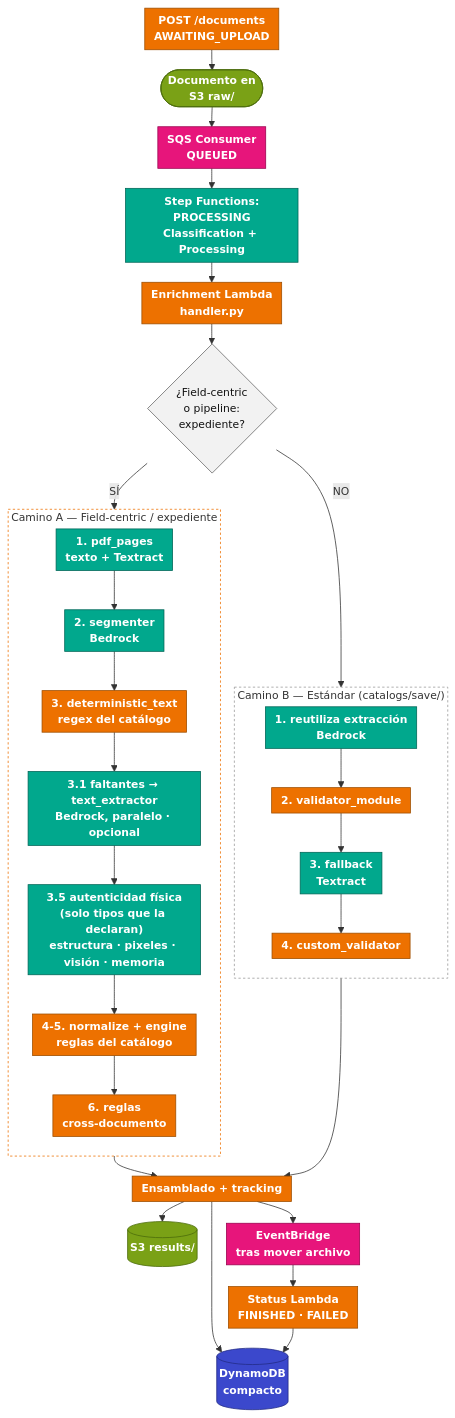
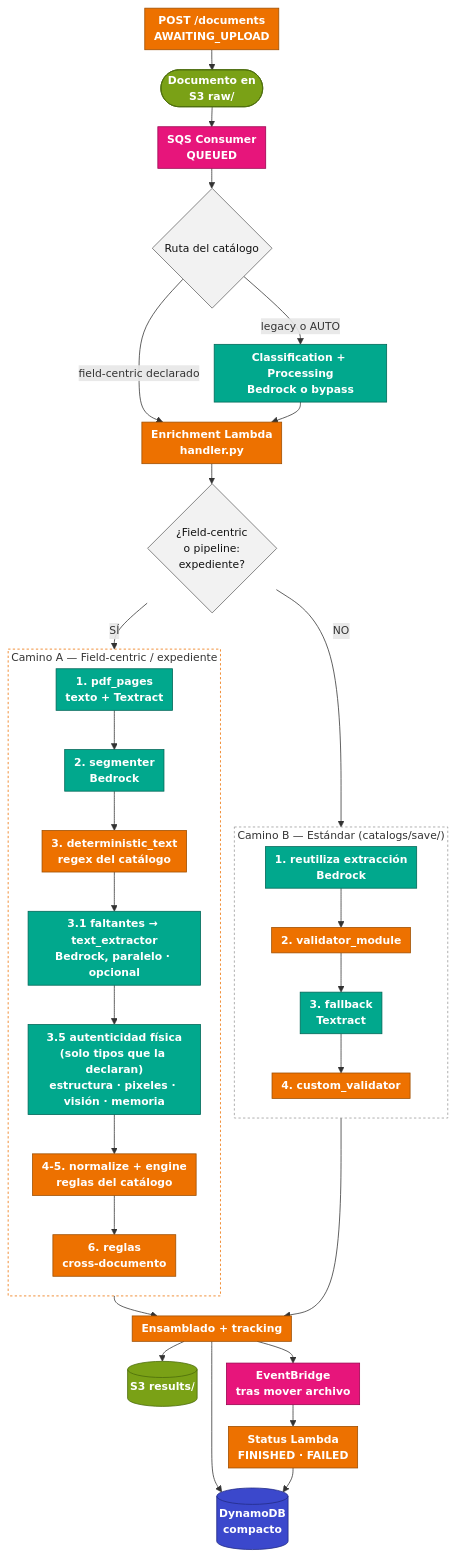
The diagram in documentacion/diagrams/flujo-ejecucion.mmd (LuisHM5/idp), drawn with Mermaid before and after one commit. The commit also changed 53 other files, not shown here.

```diff
--- a/documentacion/diagrams/flujo-ejecucion.mmd
+++ b/documentacion/diagrams/flujo-ejecucion.mmd
@@ -1,50 +1,52 @@
 %%{init: {'flowchart': {'nodeSpacing': 18, 'rankSpacing': 26, 'padding': 6, 'curve': 'basis'}, 'themeVariables': {'fontSize': '14px'}}}%%
 flowchart TD
     REGISTER["POST /documents<br/>AWAITING_UPLOAD"]:::compute --> START(["Documento en<br/>S3 raw/"]):::storage
     START --> QUEUE["SQS Consumer<br/>QUEUED"]:::integration
-    QUEUE --> SFNPRE["Step Functions:<br/>PROCESSING<br/>Classification + Processing"]:::ml
+    QUEUE --> ROUTE{"Ruta del catálogo"}:::decision
+    ROUTE -->|"field-centric declarado"| H
+    ROUTE -->|"legacy o AUTO"| SFNPRE["Classification + Processing<br/>Bedrock o bypass"]:::ml
     SFNPRE --> H["Enrichment Lambda<br/>handler.py"]:::compute
     H --> DEC{"¿Field-centric<br/>o pipeline:<br/>expediente?"}:::decision
 
     DEC -->|"SÍ"| CAMINOA
     DEC -->|"NO"| CAMINOB
 
     subgraph CAMINOA["Camino A — Field-centric / expediente"]
         direction TB
         P1["1. pdf_pages<br/>texto + Textract"]:::ml
         P2["2. segmenter<br/>Bedrock"]:::ml
         P3["3. deterministic_text<br/>regex del catálogo"]:::compute
         P31["3.1 faltantes → text_extractor<br/>Bedrock, paralelo · opcional"]:::ml
         P35["3.5 autenticidad física<br/>(solo tipos que la declaran)<br/>estructura · pixeles · visión · memoria"]:::ml
         P4["4-5. normalize + engine<br/>reglas del catálogo"]:::compute
         P6["6. reglas<br/>cross-documento"]:::compute
         P1 --> P2 --> P3 --> P31 --> P35 --> P4 --> P6
     end
 
     subgraph CAMINOB["Camino B — Estándar (catalogs/save/)"]
         direction TB
         S1["1. reutiliza extracción<br/>Bedrock"]:::ml
         S2["2. validator_module"]:::compute
         S3["3. fallback<br/>Textract"]:::ml
         S4["4. custom_validator"]:::compute
         S1 --> S2 --> S3 --> S4
     end
 
     CAMINOA --> ASM
     CAMINOB --> ASM["Ensamblado + tracking"]:::compute
 
     ASM --> S3R[("S3 results/")]:::storage
     ASM --> DDB[("DynamoDB<br/>compacto")]:::database
     ASM --> EB["EventBridge<br/>tras mover archivo"]:::integration
     EB --> TERMINAL["Status Lambda<br/>FINISHED · FAILED"]:::compute
     TERMINAL --> DDB
 
     classDef compute fill:#ED7100,stroke:#9D4E00,color:#fff,font-weight:bold
     classDef storage fill:#7AA116,stroke:#4B6B0B,color:#fff,font-weight:bold
     classDef database fill:#3B48CC,stroke:#232B85,color:#fff,font-weight:bold
     classDef integration fill:#E7157B,stroke:#99034F,color:#fff,font-weight:bold
     classDef ml fill:#01A88D,stroke:#016657,color:#fff,font-weight:bold
     classDef decision fill:#F2F2F2,stroke:#666,color:#111
 
     style CAMINOA fill:transparent,stroke:#ED7100,stroke-width:1px,stroke-dasharray: 3 3,color:#333
     style CAMINOB fill:transparent,stroke:#999,stroke-width:1px,stroke-dasharray: 3 3,color:#333
```
